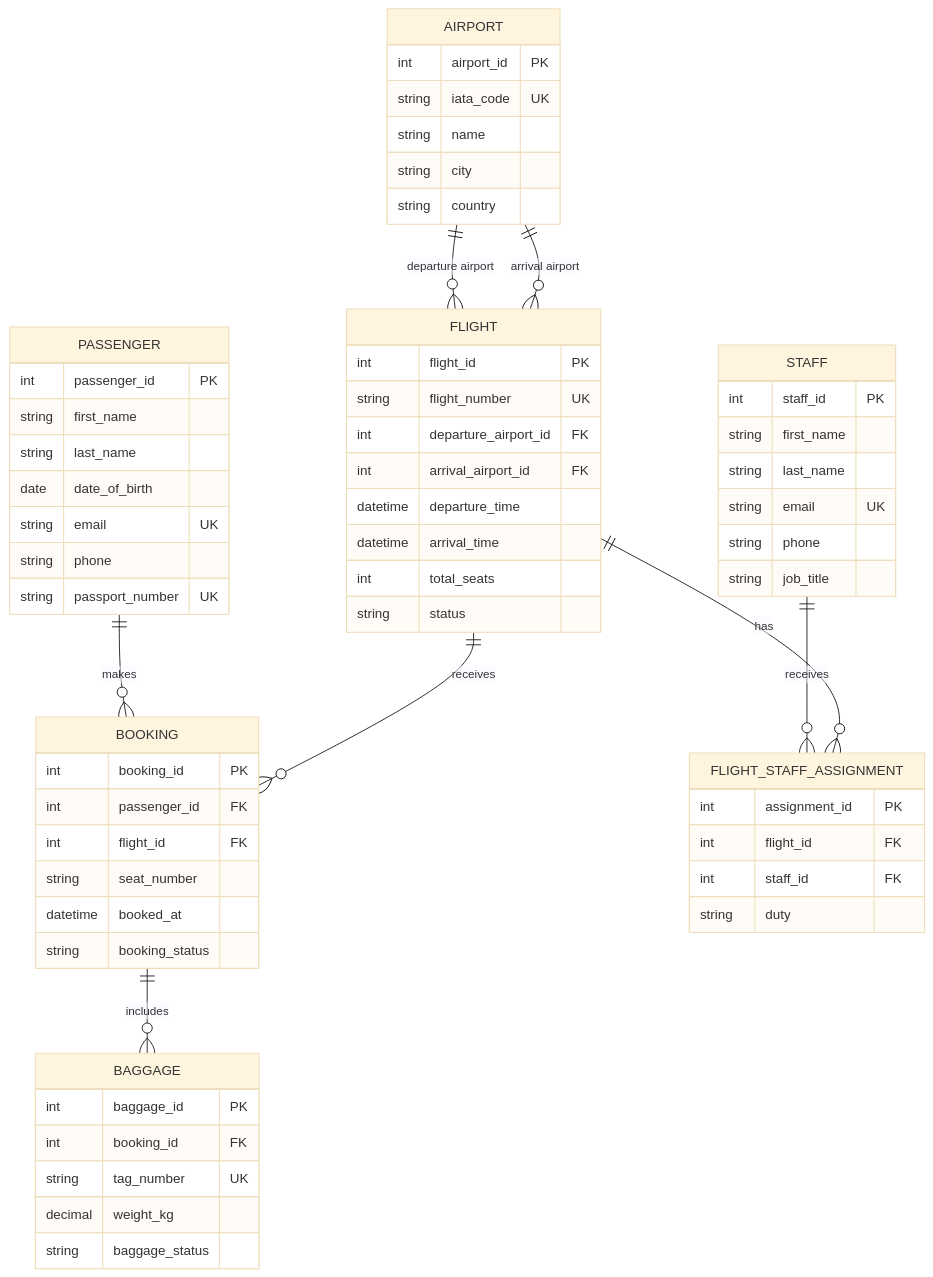
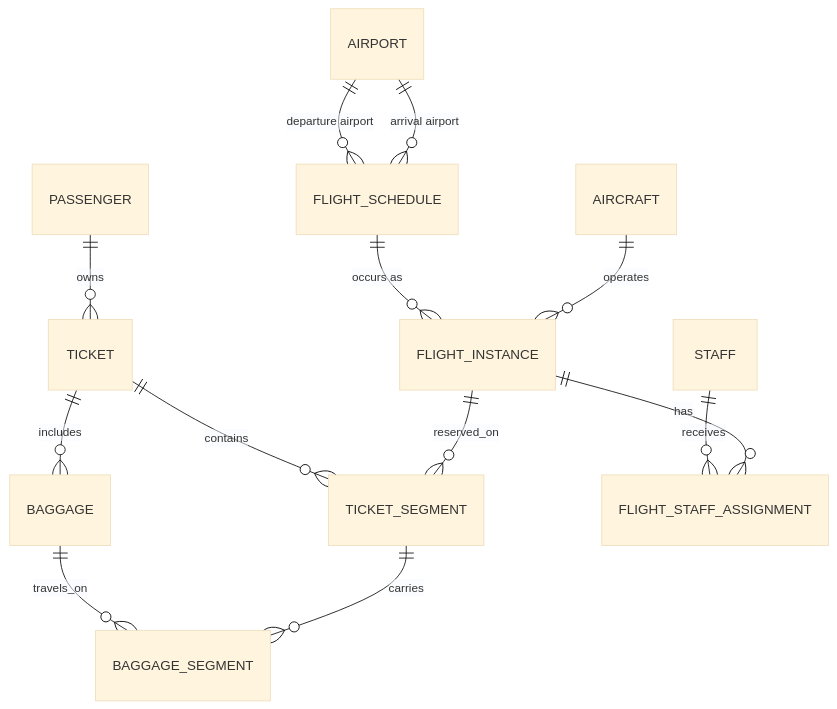
One commit to Raheem123/AirportManagementSystem changed the diagram in docs/database-design.md. Above: the diagram before and after it, drawn with Mermaid (base theme). The commit also changed other lines of this file, not shown here.

Commit message:
Refine flight, ticket, and baggage design
Support flight instances, aircraft capacity, connecting journeys, and per-leg baggage tracking

````diff
--- a/docs/database-design.md
+++ b/docs/database-design.md
@@ -5,66 +5,15 @@
 ```mermaid
 erDiagram
-    AIRPORT ||--o{ FLIGHT : "departure airport"
-    AIRPORT ||--o{ FLIGHT : "arrival airport"
-    PASSENGER ||--o{ BOOKING : makes
-    FLIGHT ||--o{ BOOKING : receives
-    BOOKING ||--o{ BAGGAGE : includes
+    AIRPORT ||--o{ FLIGHT_SCHEDULE : "departure airport"
+    AIRPORT ||--o{ FLIGHT_SCHEDULE : "arrival airport"
+    FLIGHT_SCHEDULE ||--o{ FLIGHT_INSTANCE : "occurs as"
+    AIRCRAFT ||--o{ FLIGHT_INSTANCE : operates
+    PASSENGER ||--o{ TICKET : owns
+    TICKET ||--o{ TICKET_SEGMENT : contains
+    FLIGHT_INSTANCE ||--o{ TICKET_SEGMENT : reserved_on
+    TICKET ||--o{ BAGGAGE : includes
+    BAGGAGE ||--o{ BAGGAGE_SEGMENT : travels_on
+    TICKET_SEGMENT ||--o{ BAGGAGE_SEGMENT : carries
     STAFF ||--o{ FLIGHT_STAFF_ASSIGNMENT : receives
-    FLIGHT ||--o{ FLIGHT_STAFF_ASSIGNMENT : has
-
-    AIRPORT {
-        int airport_id PK
-        string iata_code UK
-        string name
-        string city
-        string country
-    }
-    PASSENGER {
-        int passenger_id PK
-        string first_name
-        string last_name
-        date date_of_birth
-        string email UK
-        string phone
-        string passport_number UK
-    }
-    FLIGHT {
-        int flight_id PK
-        string flight_number UK
-        int departure_airport_id FK
-        int arrival_airport_id FK
-        datetime departure_time
-        datetime arrival_time
-        int total_seats
-        string status
-    }
-    BOOKING {
-        int booking_id PK
-        int passenger_id FK
-        int flight_id FK
-        string seat_number
-        datetime booked_at
-        string booking_status
-    }
-    BAGGAGE {
-        int baggage_id PK
-        int booking_id FK
-        string tag_number UK
-        decimal weight_kg
-        string baggage_status
-    }
-    STAFF {
-        int staff_id PK
-        string first_name
-        string last_name
-        string email UK
-        string phone
-        string job_title
-    }
-    FLIGHT_STAFF_ASSIGNMENT {
-        int assignment_id PK
-        int flight_id FK
-        int staff_id FK
-        string duty
-    }
+    FLIGHT_INSTANCE ||--o{ FLIGHT_STAFF_ASSIGNMENT : has
 ```
````
